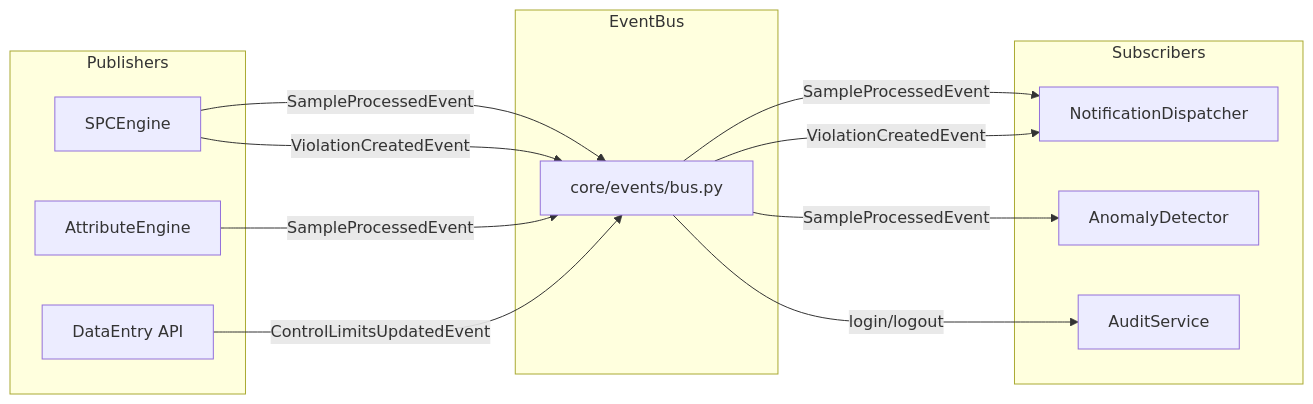
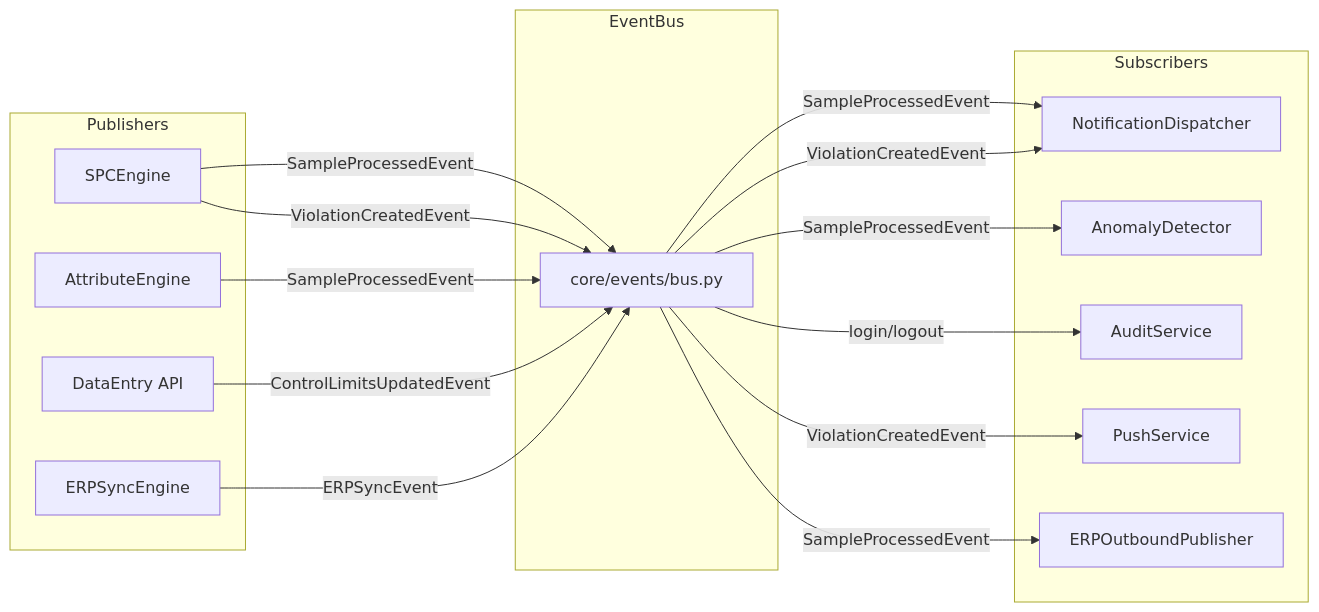
The fourth of 4 diagrams in .knowledge/ARCHITECTURE.md (saturnis-io/cassini), drawn with Mermaid before and after one commit. The commit also changed other lines of this file and 16 other files, not shown here.

First line of the commit message:
knowledge-graph: regenerate

````diff
--- a/.knowledge/ARCHITECTURE.md
+++ b/.knowledge/ARCHITECTURE.md
@@ -134,24 +151,30 @@
 ```mermaid
 flowchart LR
     subgraph Publishers
         P1[SPCEngine]
         P2[AttributeEngine]
         P3[DataEntry API]
+        P4[ERPSyncEngine]
     end
     subgraph EventBus
         EB[core/events/bus.py]
     end
     subgraph Subscribers
         S1[NotificationDispatcher]
         S2[AnomalyDetector]
         S3[AuditService]
+        S4[PushService]
+        S5[ERPOutboundPublisher]
     end
     P1 -->|SampleProcessedEvent| EB
     P1 -->|ViolationCreatedEvent| EB
     P2 -->|SampleProcessedEvent| EB
     P3 -->|ControlLimitsUpdatedEvent| EB
+    P4 -->|ERPSyncEvent| EB
     EB -->|SampleProcessedEvent| S1
     EB -->|ViolationCreatedEvent| S1
     EB -->|SampleProcessedEvent| S2
     EB -->|login/logout| S3
+    EB -->|ViolationCreatedEvent| S4
+    EB -->|SampleProcessedEvent| S5
 ```
````
